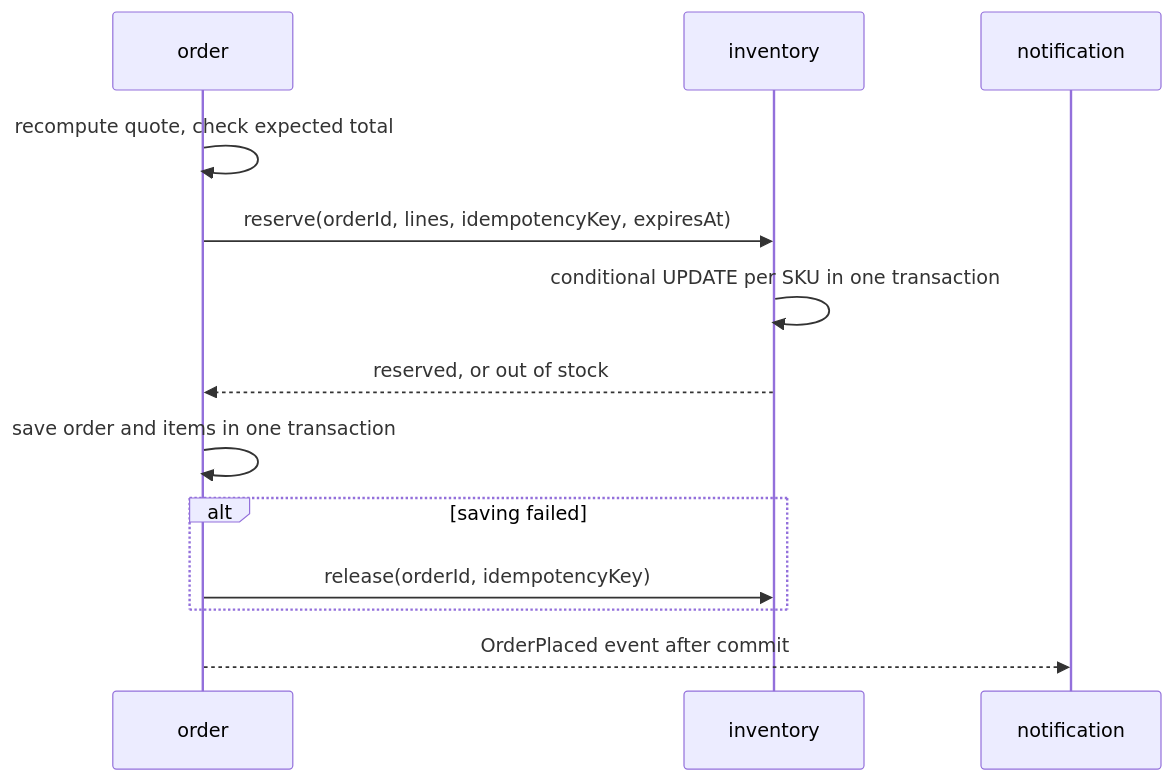
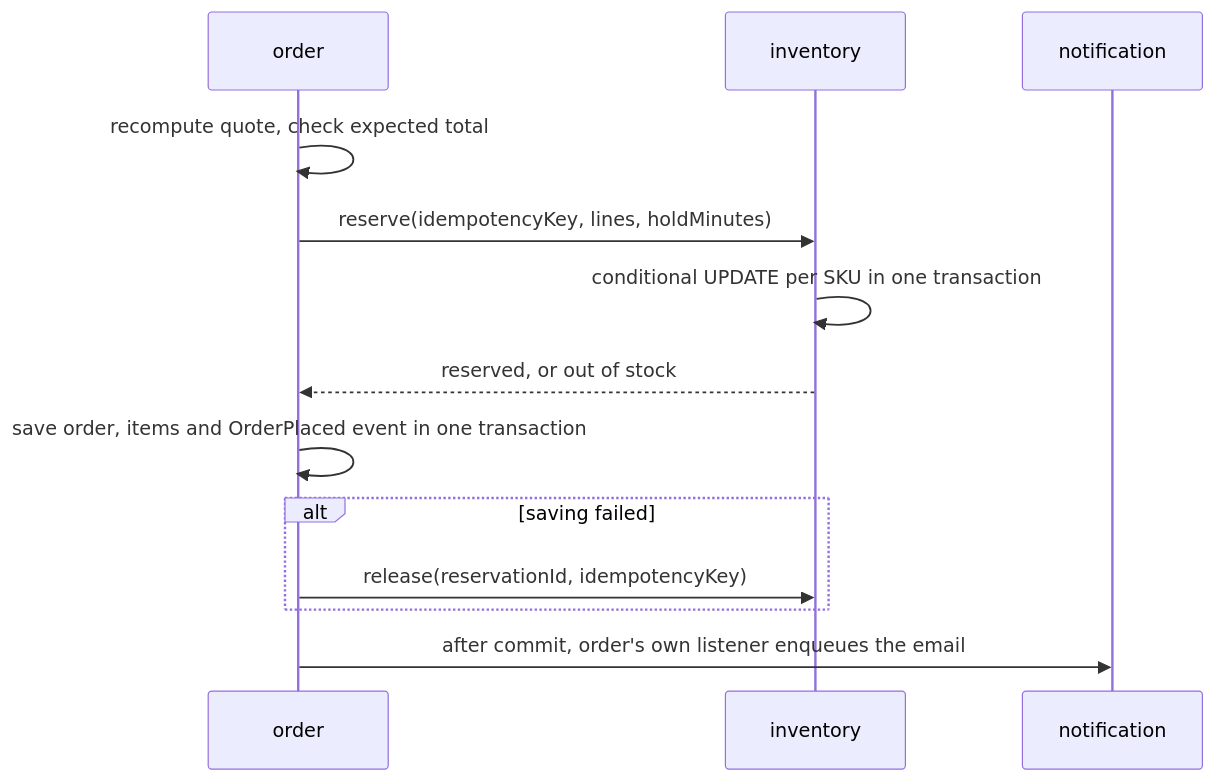
The diagram in docs/design/high-level/service-boundaries.md (Softogram/polluxkart), drawn with Mermaid before and after one commit. The commit also changed other lines of this file and 12 other files, not shown here.

````diff
--- a/docs/design/high-level/service-boundaries.md
+++ b/docs/design/high-level/service-boundaries.md
@@ -96,15 +132,15 @@
 ```mermaid
 sequenceDiagram
   participant O as order
   participant I as inventory
   participant N as notification
   O->>O: recompute quote, check expected total
-  O->>I: reserve(orderId, lines, idempotencyKey, expiresAt)
+  O->>I: reserve(idempotencyKey, lines, holdMinutes)
   I->>I: conditional UPDATE per SKU in one transaction
   I-->>O: reserved, or out of stock
-  O->>O: save order and items in one transaction
+  O->>O: save order, items and OrderPlaced event in one transaction
   alt saving failed
-    O->>I: release(orderId, idempotencyKey)
+    O->>I: release(reservationId, idempotencyKey)
   end
-  O-->>N: OrderPlaced event after commit
+  O->>N: after commit, order's own listener enqueues the email
 ```
````
